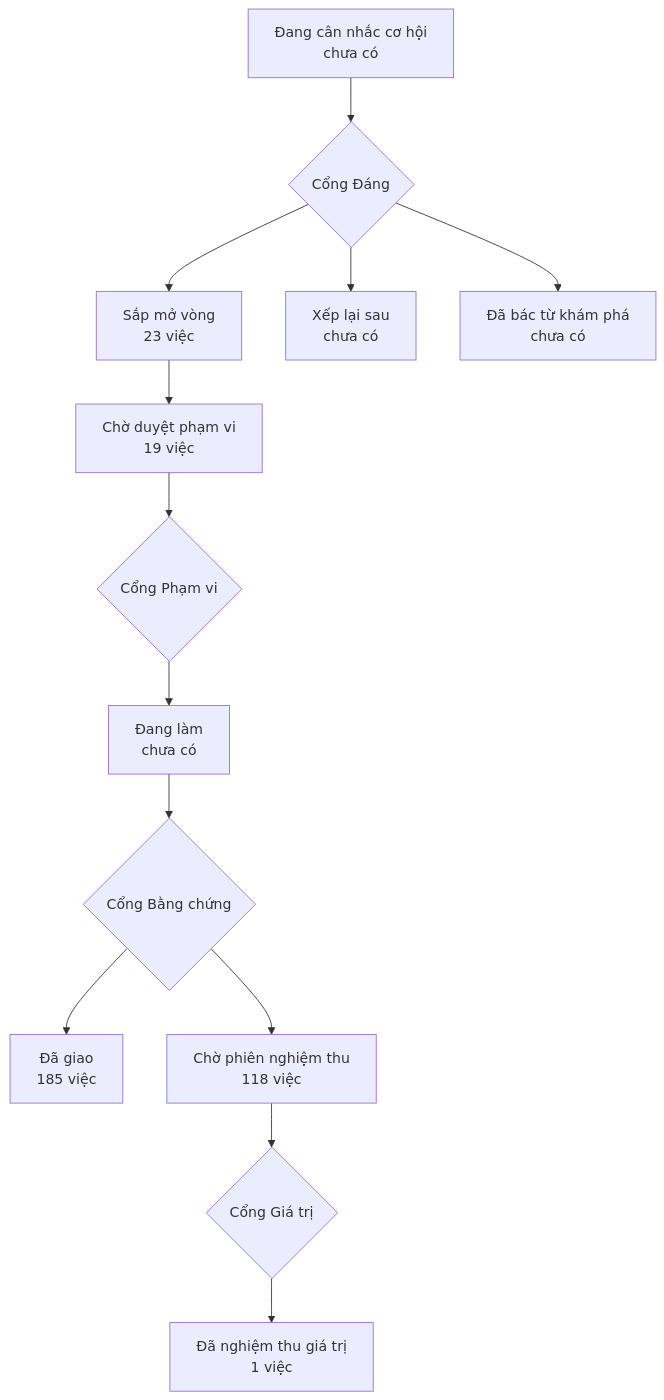
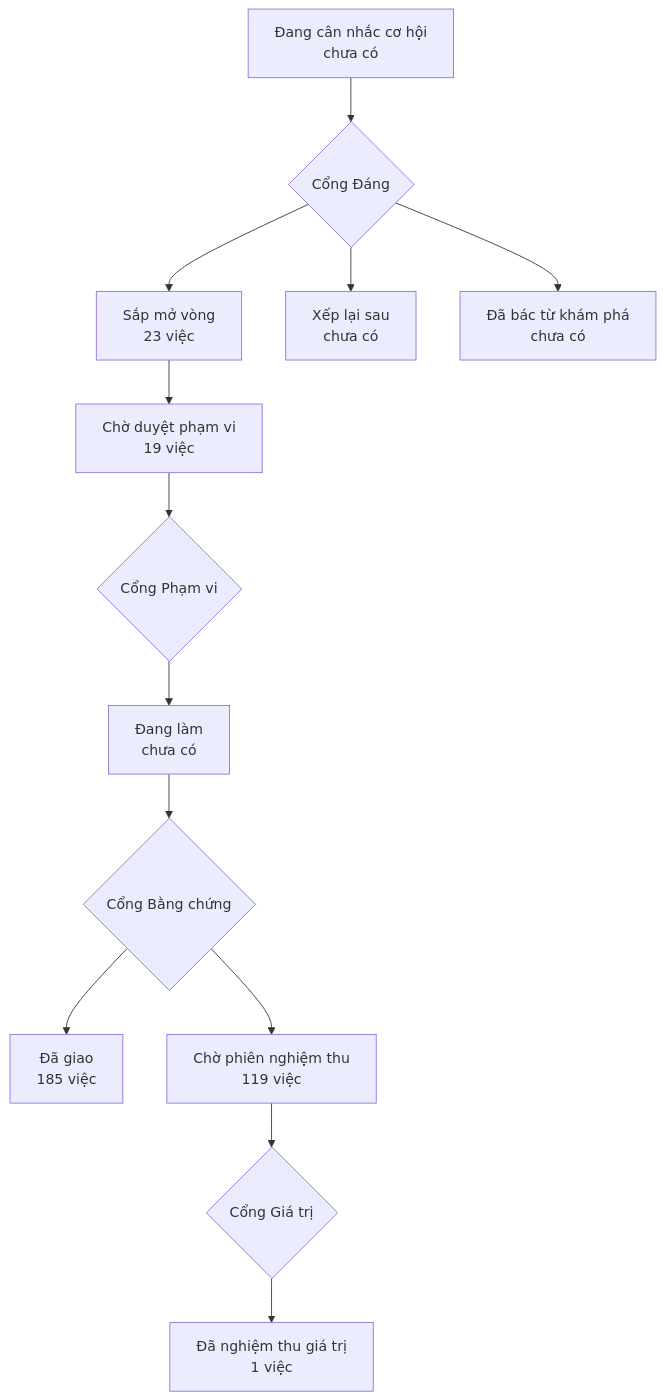
One commit to phanlemanh/onehub-invest changed the diagram in PRODUCT-MAP.md. Above: the diagram before and after it, drawn with Mermaid. The commit also changed other lines of this file and 15 other files, not shown here.

````diff
--- a/PRODUCT-MAP.md
+++ b/PRODUCT-MAP.md
@@ -7,12 +7,12 @@
 ```mermaid
 flowchart TD
   A["Đang cân nhắc cơ hội<br/>chưa có"] --> GD{"Cổng Đáng"}
   GD --> B["Sắp mở vòng<br/>23 việc"]
   GD --> XL["Xếp lại sau<br/>chưa có"]
   GD --> DB["Đã bác từ khám phá<br/>chưa có"]
   B --> CD["Chờ duyệt phạm vi<br/>19 việc"] --> GP{"Cổng Phạm vi"}
   GP --> DL["Đang làm<br/>chưa có"] --> GB{"Cổng Bằng chứng"}
   GB --> DG["Đã giao<br/>185 việc"]
-  GB --> CN["Chờ phiên nghiệm thu<br/>118 việc"] --> GG{"Cổng Giá trị"}
+  GB --> CN["Chờ phiên nghiệm thu<br/>119 việc"] --> GG{"Cổng Giá trị"}
   GG --> NT["Đã nghiệm thu giá trị<br/>1 việc"]
 ```
````
